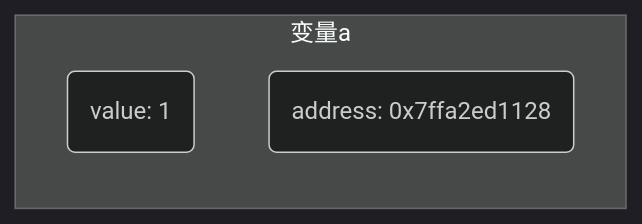
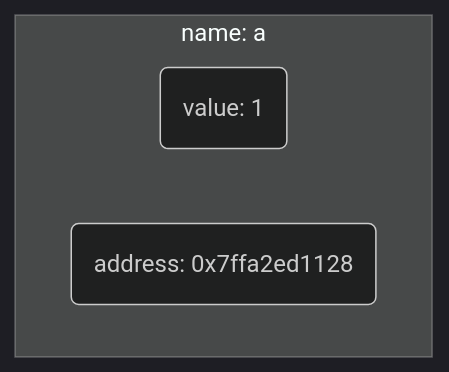
The first of 13 diagrams in _posts/c_c++/pointer/2022-01-08-pointer.md (dmjcb/dmjcb.github.io), drawn with Mermaid (dark theme) before and after one commit. The commit also changed other lines of this file and 1 other file, not shown here.

````diff
--- a/_posts/c_c++/pointer/2022-01-08-pointer.md
+++ b/_posts/c_c++/pointer/2022-01-08-pointer.md
@@ -15,7 +33,7 @@
 ```mermaid
-graph LR;
-    subgraph a[变量a]
+graph TB;
+    subgraph a[name: a]
         V2(value: 1)
         A2(address: 0x7ffa2ed1128)
     end
 ```
````
